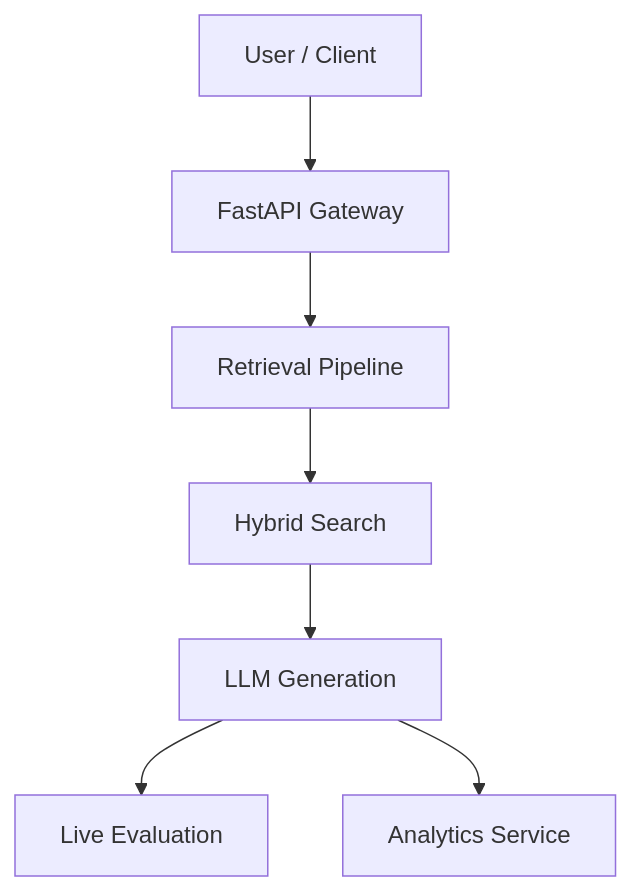
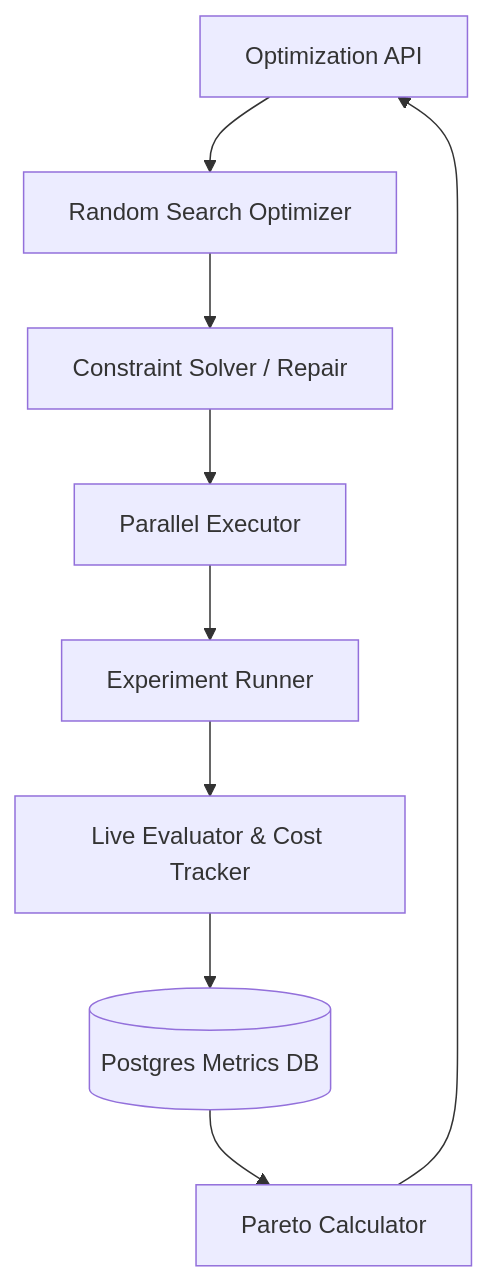
One commit to VanshikaLud04/Rag-bench changed the diagram in README.md. Above: the diagram before and after it, drawn with Mermaid. The commit also changed other lines of this file and 19 other files, not shown here.

````diff
--- a/README.md
+++ b/README.md
@@ -43,9 +44,11 @@
 ```mermaid
 flowchart TD
-    User[User / Client] --> API[FastAPI Gateway]
-    API --> QueryPipeline[Retrieval Pipeline]
-    QueryPipeline --> HybridSearch[Hybrid Search]
-    HybridSearch --> Generation[LLM Generation]
-    Generation --> Evaluation[Live Evaluation]
-    Generation --> Analytics[Analytics Service]
+    API[Optimization API] --> Optimizer[Random Search Optimizer]
+    Optimizer --> Constraints[Constraint Solver / Repair]
+    Constraints --> Executor[Parallel Executor]
+    Executor --> Runner[Experiment Runner]
+    Runner --> Eval[Live Evaluator & Cost Tracker]
+    Eval --> DB[(Postgres Metrics DB)]
+    DB --> Pareto[Pareto Calculator]
+    Pareto --> API
 ```
````
